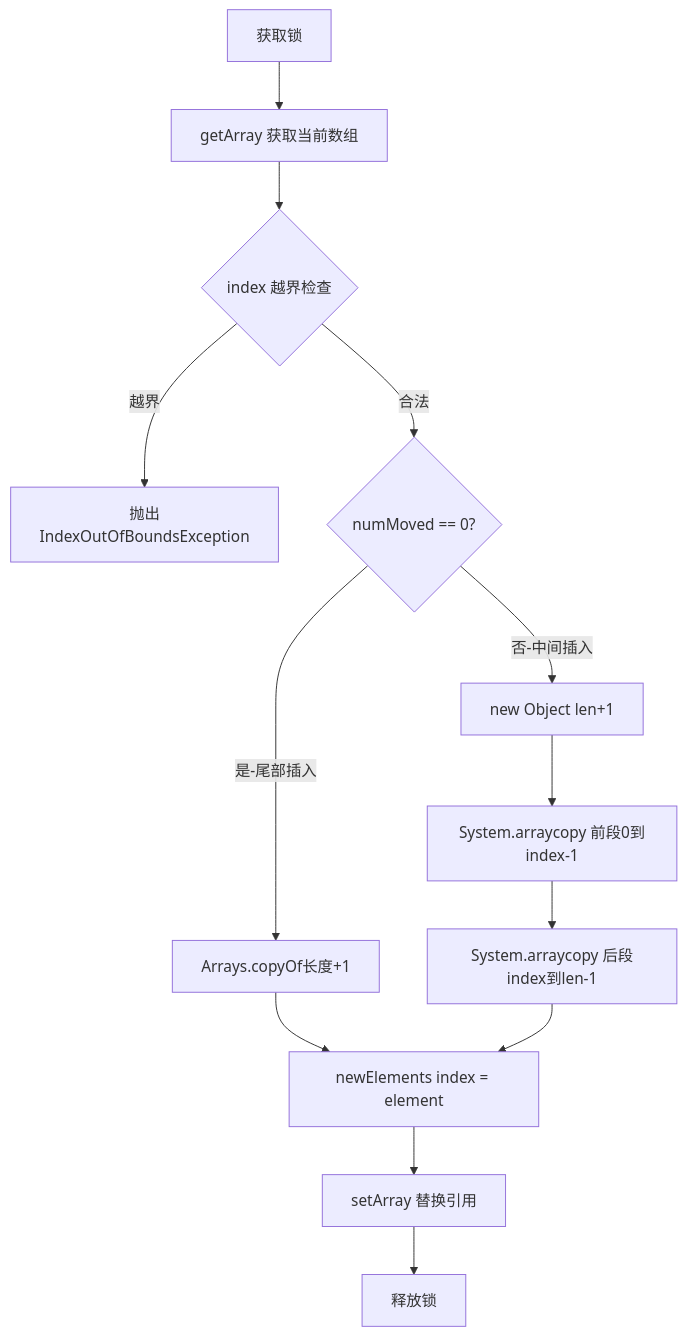
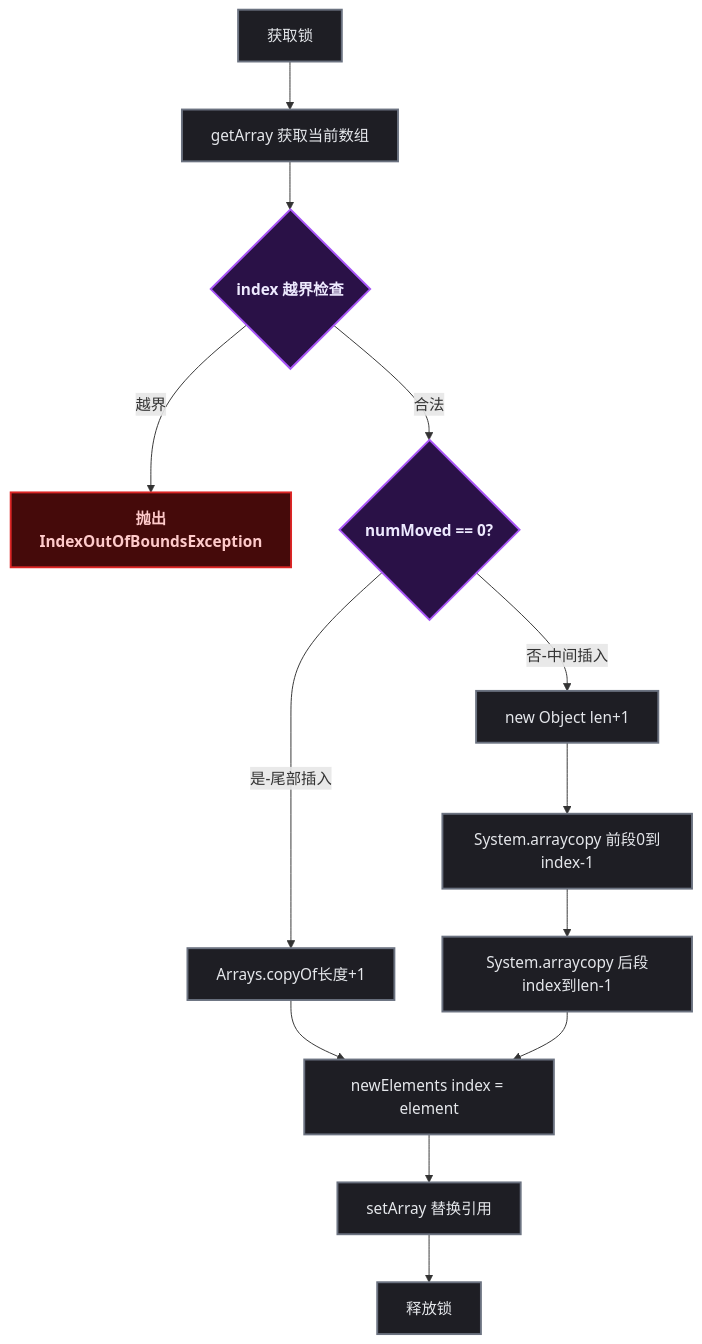
Before and after one commit to yaocat55/yaocat55.github.io: the fourth of 8 diagrams in content/posts/concurrency/CopyOnWriteArrayList.md, drawn with Mermaid. The commit also changed other lines of this file and 155 other files, not shown here.

````diff
--- a/content/posts/concurrency/CopyOnWriteArrayList.md
+++ b/content/posts/concurrency/CopyOnWriteArrayList.md
@@ -228,15 +240,23 @@
 ```mermaid
 flowchart TD
+%% 半暗底色 + 高亮描边：完美适配博客深色/浅色双主题 %%
+classDef process fill:#1e1e24,stroke:#6b7280,stroke-width:2px,color:#e5e7eb;
+classDef condition fill:#2a1147,stroke:#a855f7,stroke-width:2px,color:#ede9fe,font-weight:bold;
+classDef reject fill:#450a0a,stroke:#dc2626,stroke-width:2px,color:#fecaca,font-weight:bold;
     A[获取锁] --> B[getArray 获取当前数组]
     B --> C{index 越界检查}
     C -->|越界| D[抛出IndexOutOfBoundsException]
     C -->|合法| E{numMoved == 0?}
     E -->|是-尾部插入| F[Arrays.copyOf长度+1]
     E -->|否-中间插入| G[new Object len+1]
     G --> H[System.arraycopy 前段0到index-1]
     H --> I[System.arraycopy 后段index到len-1]
     F --> J[newElements index = element]
     I --> J
     J --> K[setArray 替换引用]
     K --> L[释放锁]
+
+class C,E condition;
+class A,B,F,G,H,I,J,K,L process;
+class D reject;
 ```
````
